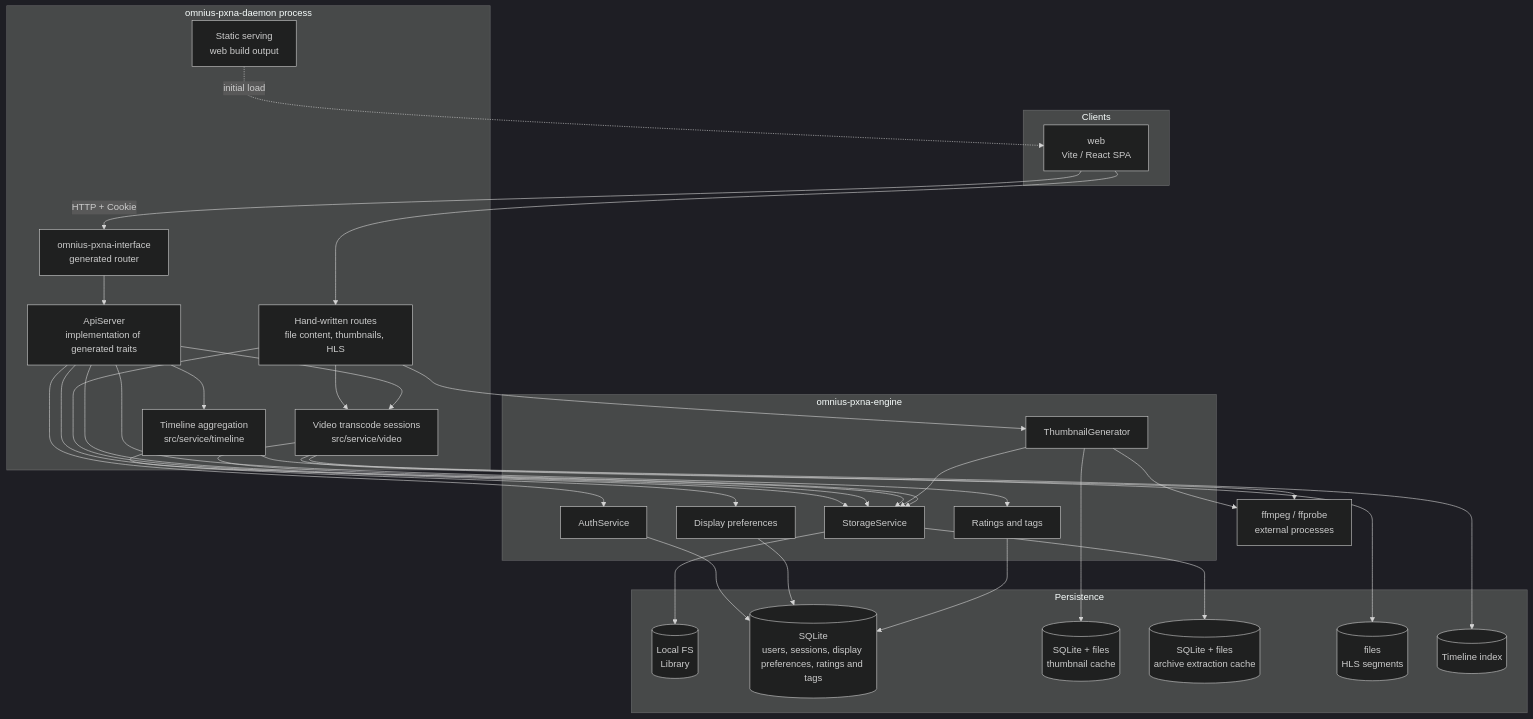
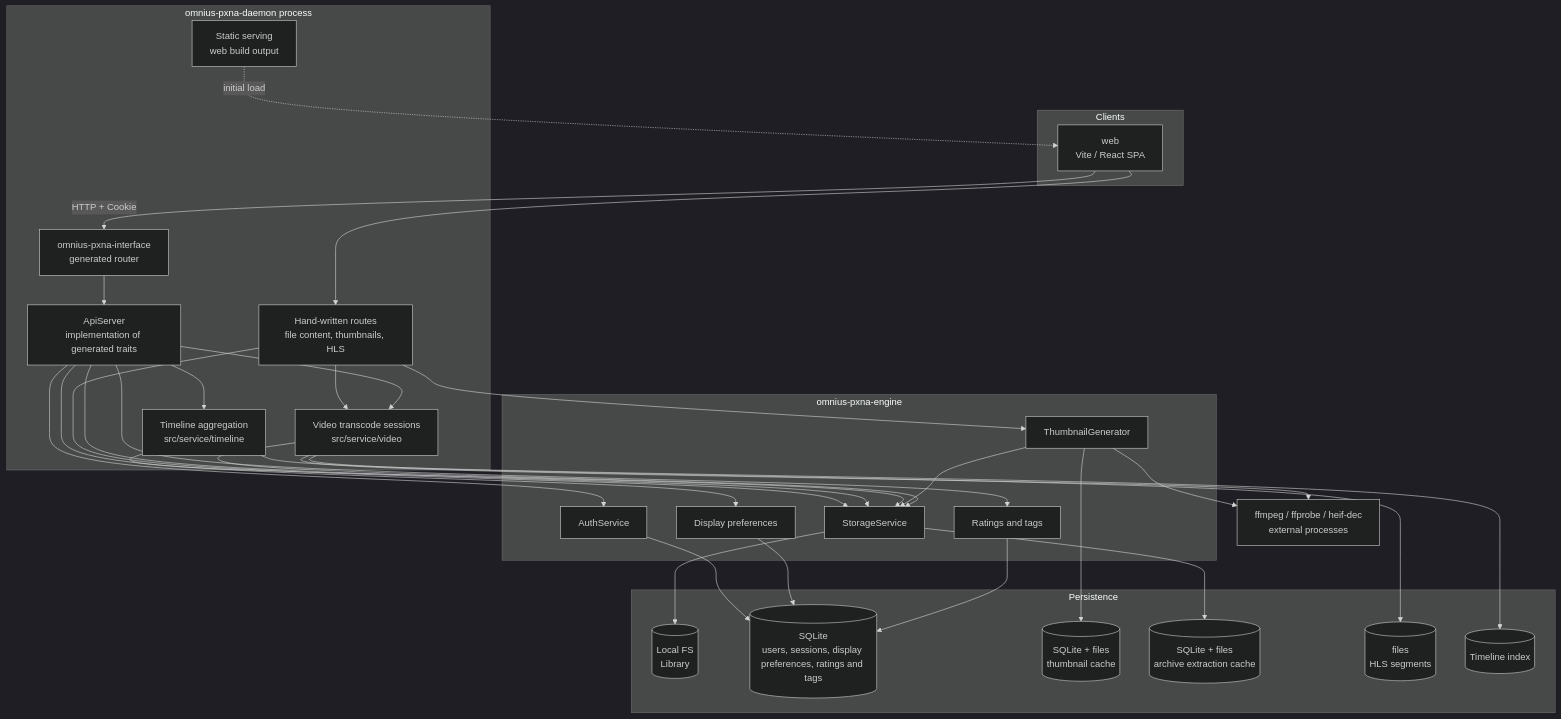
Before and after one commit to omnius-labs/pxna: the first of 3 diagrams in docs/design.md, drawn with Mermaid (dark theme). The commit also changed other lines of this file and 22 other files, not shown here.

````diff
--- a/docs/design.md
+++ b/docs/design.md
@@ -108,61 +108,61 @@
 ```mermaid
 flowchart TB
     subgraph clients["Clients"]
         web["web<br/>Vite / React SPA"]
     end
 
     subgraph daemonproc["omnius-pxna-daemon process"]
         static["Static serving<br/>web build output"]
         iface["omnius-pxna-interface<br/>generated router"]
         stream["Hand-written routes<br/>file content, thumbnails, HLS"]
         handler["ApiServer<br/>implementation of generated traits"]
         video["Video transcode sessions<br/>src/service/video"]
         timeline["Timeline aggregation<br/>src/service/timeline"]
     end
 
     subgraph engine["omnius-pxna-engine"]
         fs["StorageService"]
         thumb["ThumbnailGenerator"]
         auth["AuthService"]
         prefs["Display preferences"]
         ratings["Ratings and tags"]
     end
 
-    ffmpeg["ffmpeg / ffprobe<br/>external processes"]
+    ffmpeg["ffmpeg / ffprobe / heif-dec<br/>external processes"]
 
     subgraph persist["Persistence"]
         localfs[("Local FS<br/>Library")]
         sqlite[("SQLite<br/>users, sessions, display preferences, ratings and tags")]
         thumbcache[("SQLite + files<br/>thumbnail cache")]
         archivecache[("SQLite + files<br/>archive extraction cache")]
         segments[("files<br/>HLS segments")]
         timelineidx[("Timeline index")]
     end
 
     web -->|"HTTP + Cookie"| iface
     web --> stream
     static -.->|"initial load"| web
     iface --> handler
     stream --> fs
     stream --> thumb
     stream --> video
     handler --> fs
     handler --> video
     handler --> auth
     handler --> prefs
     handler --> ratings
     handler --> timeline
     timeline --> fs
     timeline --> timelineidx
     thumb --> fs
     video --> fs
     thumb --> ffmpeg
     video --> ffmpeg
     fs --> localfs
     fs --> archivecache
     thumb --> thumbcache
     video --> segments
     auth --> sqlite
     prefs --> sqlite
     ratings --> sqlite
 ```
````
